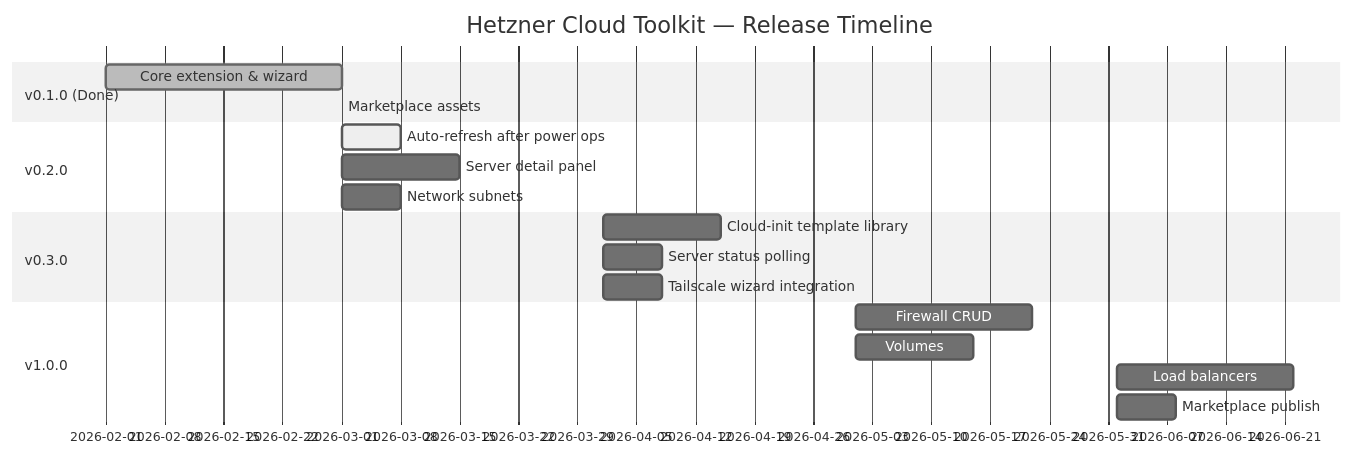
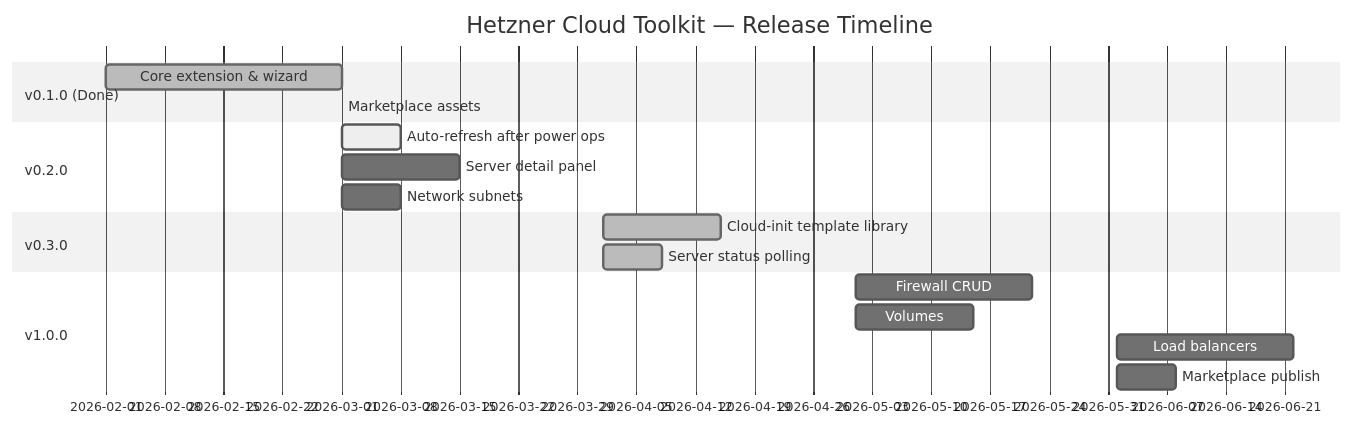
One commit to brwinnov/vscode-hetzner-cloud changed the third of 3 diagrams in ROADMAP.md. Above: the diagram before and after it, drawn with Mermaid (neutral theme). The commit also changed other lines of this file and 5 other files, not shown here.

````diff
--- a/ROADMAP.md
+++ b/ROADMAP.md
@@ -72,25 +66,24 @@
 ```mermaid
 gantt
     dateFormat  YYYY-MM
     title Hetzner Cloud Toolkit — Release Timeline
 
     section v0.1.0 (Done)
     Core extension & wizard      :done, 2026-02, 2026-03
     Marketplace assets           :done, 2026-03, 2026-03
 
     section v0.2.0
     Auto-refresh after power ops :active, 2026-03, 1w
     Server detail panel          :2026-03, 2w
     Network subnets              :2026-03, 1w
 
     section v0.3.0
-    Cloud-init template library  :2026-04, 2w
-    Server status polling        :2026-04, 1w
-    Tailscale wizard integration :2026-04, 1w
+    Cloud-init template library  :done, 2026-04, 2w
+    Server status polling        :done, 2026-04, 1w
 
     section v1.0.0
     Firewall CRUD                :2026-05, 3w
     Volumes                      :2026-05, 2w
     Load balancers               :2026-06, 3w
     Marketplace publish          :2026-06, 1w
 ```
````
